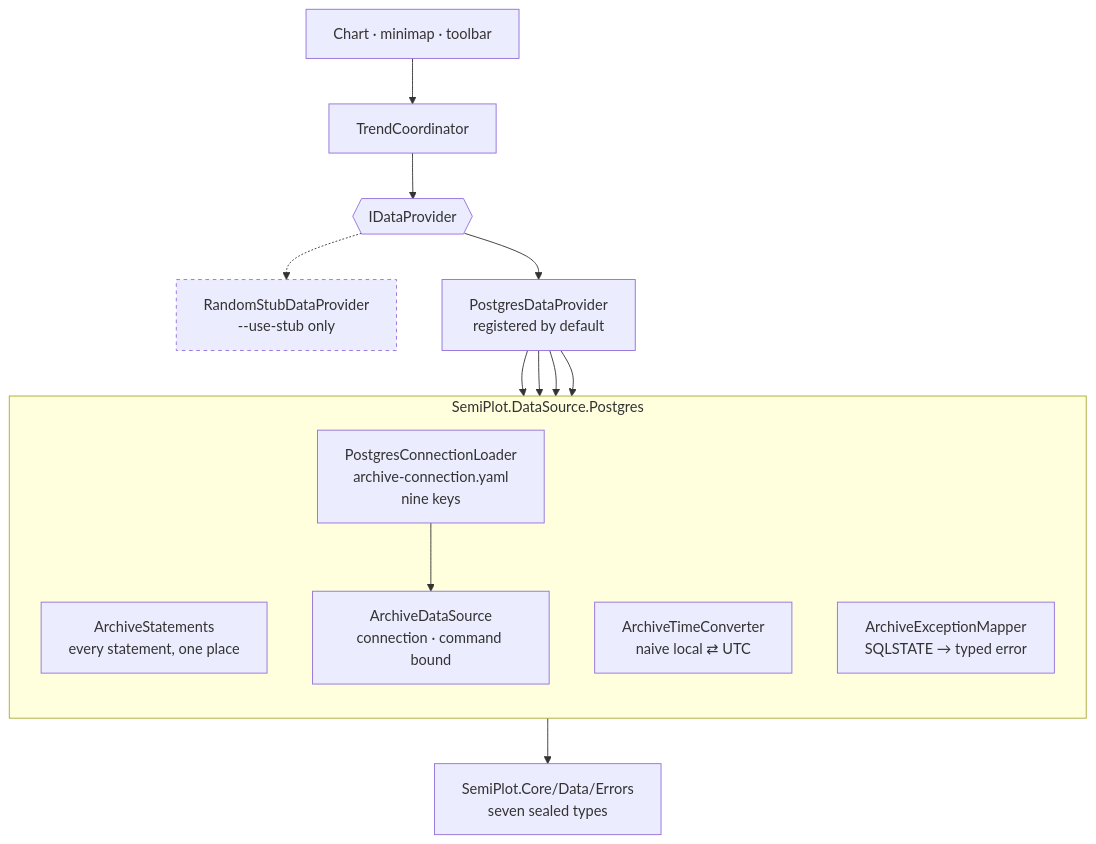
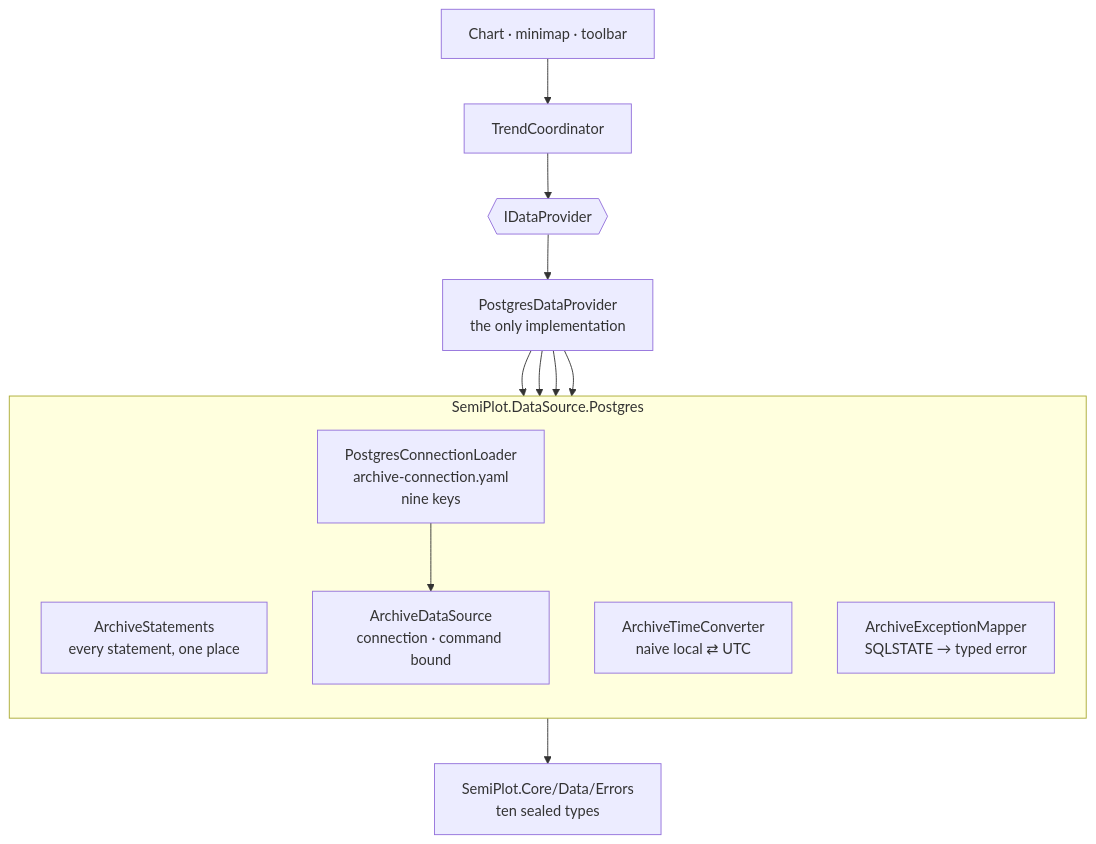
Before and after one commit to Semiteq/SemiPlot: the third of 5 diagrams in docs/architecture/postgres-topology.md, drawn with Mermaid. The commit also changed other lines of this file and 93 other files, not shown here.

````diff
--- a/docs/architecture/postgres-topology.md
+++ b/docs/architecture/postgres-topology.md
@@ -83,31 +83,27 @@
 ```mermaid
 flowchart TB
     ui["Chart · minimap · toolbar"]
     coord["TrendCoordinator"]
     iface{{"IDataProvider"}}
-    stub["RandomStubDataProvider<br/>--use-stub only"]
-    pg["PostgresDataProvider<br/>registered by default"]
+    pg["PostgresDataProvider<br/>the only implementation"]
 
     subgraph plumbing["SemiPlot.DataSource.Postgres"]
         direction TB
         stmts["ArchiveStatements<br/>every statement, one place"]
         ds["ArchiveDataSource<br/>connection · command bound"]
         conv["ArchiveTimeConverter<br/>naive local ⇄ UTC"]
         mapper["ArchiveExceptionMapper<br/>SQLSTATE → typed error"]
         loader["PostgresConnectionLoader<br/>archive-connection.yaml<br/>nine keys"]
     end
 
-    errs["SemiPlot.Core/Data/Errors<br/>seven sealed types"]
+    errs["SemiPlot.Core/Data/Errors<br/>ten sealed types"]
 
     ui --> coord --> iface
-    iface -.-> stub
     iface --> pg
     pg --> stmts
     pg --> ds
     pg --> conv
     pg --> mapper
     loader --> ds
     mapper --> errs
-
-    style stub stroke-dasharray:4 4
 ```
````
